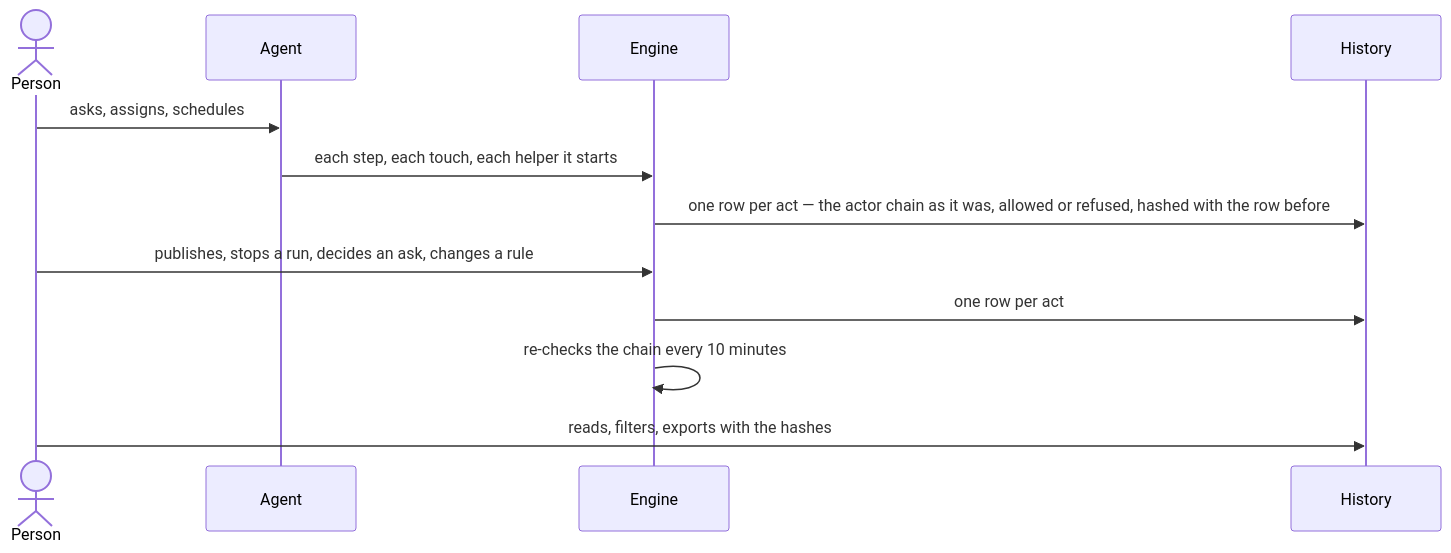
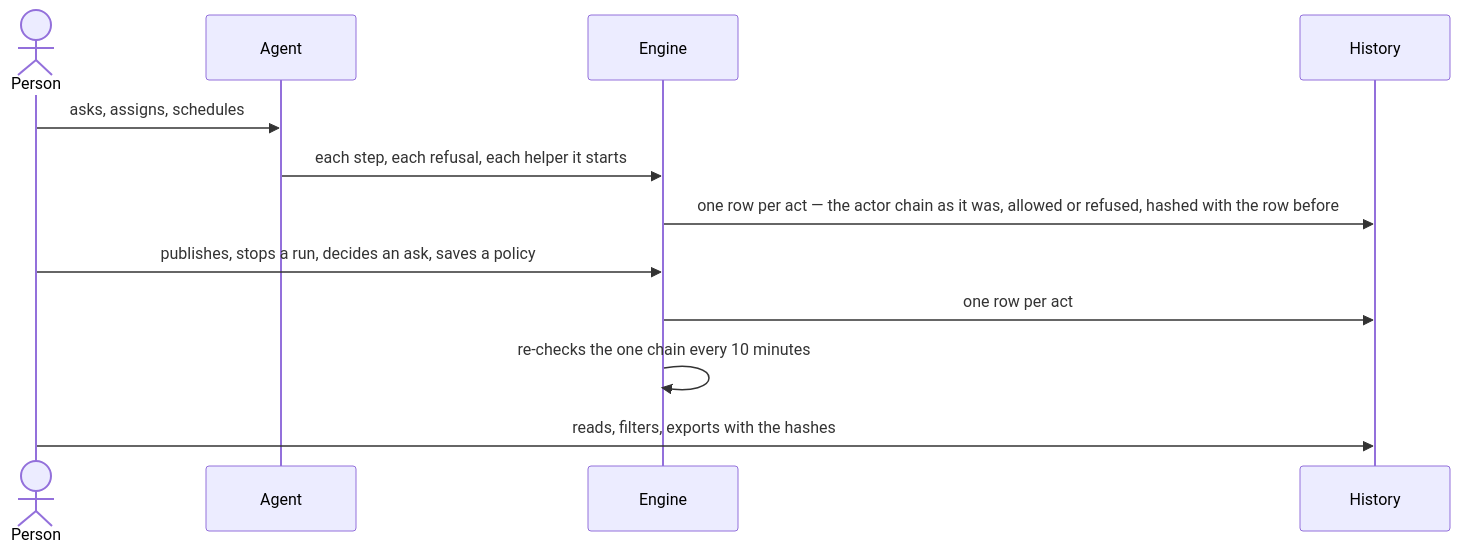
One commit to invana/invana changed the second of 2 diagrams in specs/os/access/features/AC-F06-history/feature.md. Above: the diagram before and after it, drawn with Mermaid. The commit also changed other lines of this file and 522 other files, not shown here.

````diff
--- a/specs/os/access/features/AC-F06-history/feature.md
+++ b/specs/os/access/features/AC-F06-history/feature.md
@@ -42,14 +46,14 @@
 ```mermaid
 sequenceDiagram
   actor P as Person
   participant A as Agent
   participant E as Engine
   participant H as History
   P->>A: asks, assigns, schedules
-  A->>E: each step, each touch, each helper it starts
+  A->>E: each step, each refusal, each helper it starts
   E->>H: one row per act — the actor chain as it was, allowed or refused, hashed with the row before
-  P->>E: publishes, stops a run, decides an ask, changes a rule
+  P->>E: publishes, stops a run, decides an ask, saves a policy
   E->>H: one row per act
-  E->>E: re-checks the chain every 10 minutes
+  E->>E: re-checks the one chain every 10 minutes
   P->>H: reads, filters, exports with the hashes
 ```
````
